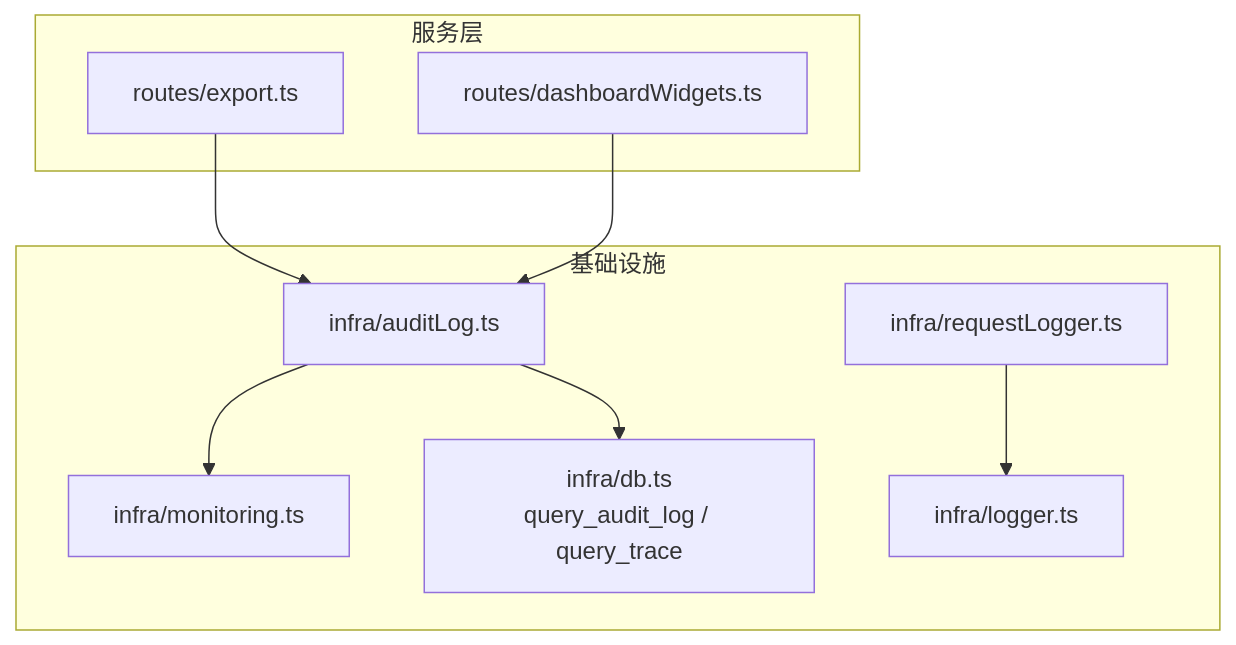
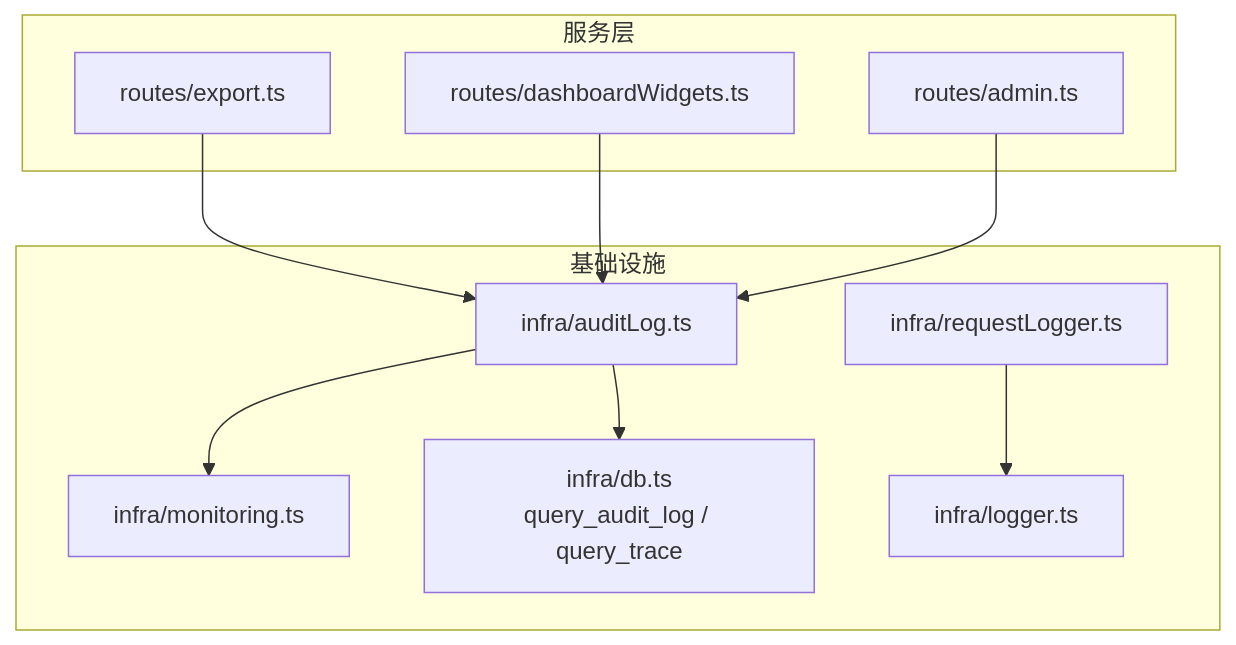
The first of 5 diagrams in .qoder/repowiki/zh/content/安全与认证/审计日志.md (dgjin/smart-data-analytics), drawn with Mermaid before and after one commit. The commit also changed other lines of this file and 146 other files, not shown here.

````diff
--- a/.qoder/repowiki/zh/content/安全与认证/审计日志.md
+++ b/.qoder/repowiki/zh/content/安全与认证/审计日志.md
@@ -33,19 +43,21 @@
 ```mermaid
 graph TB
 subgraph "服务层"
 R1["routes/export.ts"]
 R2["routes/dashboardWidgets.ts"]
+R3["routes/admin.ts"]
 end
 subgraph "基础设施"
 A["infra/auditLog.ts"]
 M["infra/monitoring.ts"]
 L["infra/logger.ts"]
 RL["infra/requestLogger.ts"]
 DB["infra/db.ts<br/>query_audit_log / query_trace"]
 end
 R1 --> A
 R2 --> A
+R3 --> A
 A --> M
 A --> DB
 RL --> L
 ```
````
